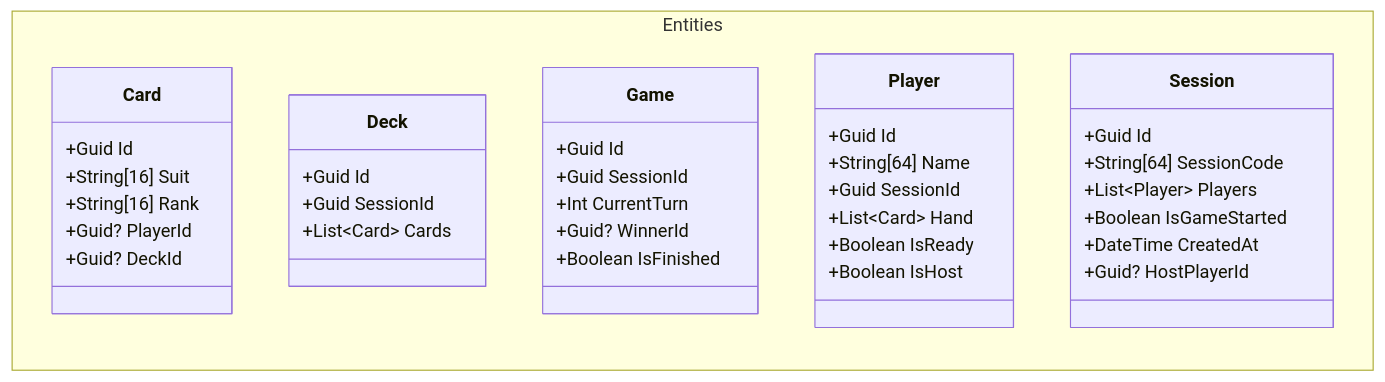
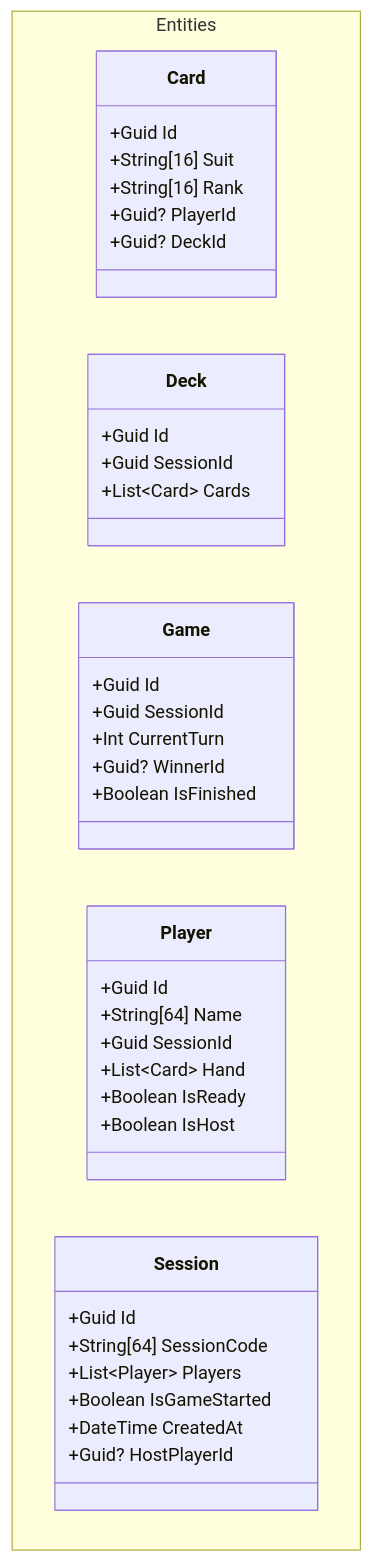
The first of 15 diagrams in .development/jan/syp-development.md (IxI-Enki/project-connect), drawn with Mermaid before and after one commit.

````diff
--- a/.development/jan/syp-development.md
+++ b/.development/jan/syp-development.md
@@ -3,45 +3,45 @@
 ```mermaid
 classDiagram
-   direction LR
+   direction TB
 namespace Entities{
     class Card {
         +Guid Id
         +String[16] Suit
         +String[16] Rank
         +Guid? PlayerId
         +Guid? DeckId
     }
 
     class Deck {
         +Guid Id
         +Guid SessionId
         +List~Card~ Cards
     }
 
     class Game {
         +Guid Id
         +Guid SessionId
         +Int CurrentTurn
         +Guid? WinnerId
         +Boolean IsFinished
     }
 
     class Player {
         +Guid Id
         +String[64] Name
         +Guid SessionId
         +List~Card~ Hand
         +Boolean IsReady
         +Boolean IsHost
     }
 
     class Session {
         +Guid Id
         +String[64] SessionCode
         +List~Player~ Players
         +Boolean IsGameStarted
         +DateTime CreatedAt
         +Guid? HostPlayerId
     }
 }
 ```
````
